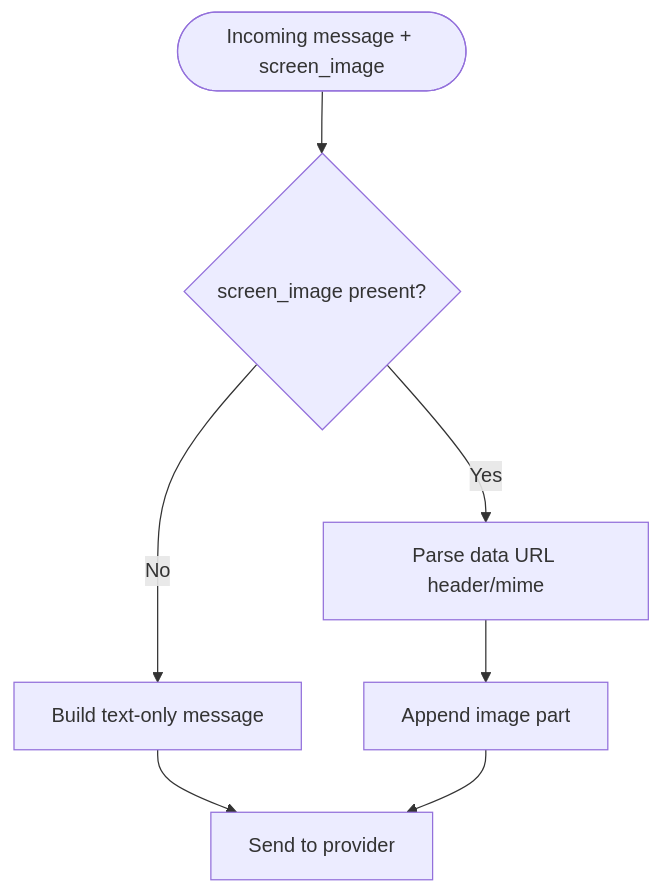
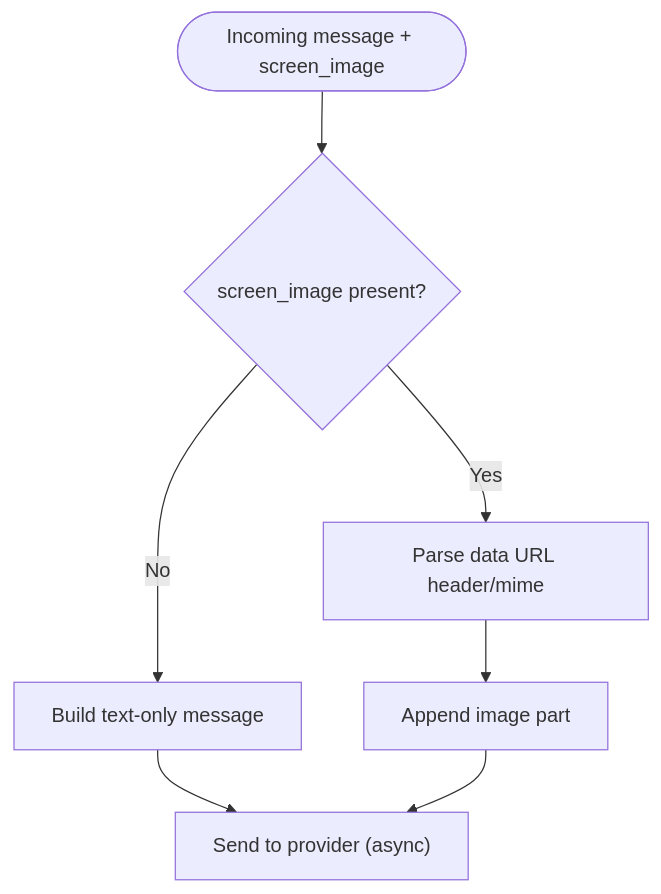
The sixth of 8 diagrams in .qoder/repowiki/en/content/Backend Components/LLM Integration Layer/Client Architecture and Factory Pattern.md (Sovetsky-Soyuz/AI-Assistant), drawn with Mermaid before and after one commit. The commit also changed other lines of this file and 10 other files, not shown here.

````diff
--- a/.qoder/repowiki/en/content/Backend Components/LLM Integration Layer/Client Architecture and Factory Pattern.md
+++ b/.qoder/repowiki/en/content/Backend Components/LLM Integration Layer/Client Architecture and Factory Pattern.md
@@ -202,9 +232,9 @@
 ```mermaid
 flowchart TD
 Start(["Incoming message + screen_image"]) --> CheckImage{"screen_image present?"}
 CheckImage --> |No| BuildText["Build text-only message"]
 CheckImage --> |Yes| ParseHeader["Parse data URL header/mime"]
 ParseHeader --> AppendImage["Append image part"]
-BuildText --> Send["Send to provider"]
+BuildText --> Send["Send to provider (async)"]
 AppendImage --> Send
 ```
````
